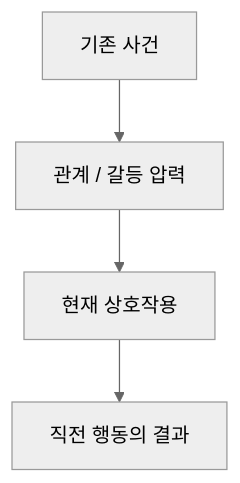
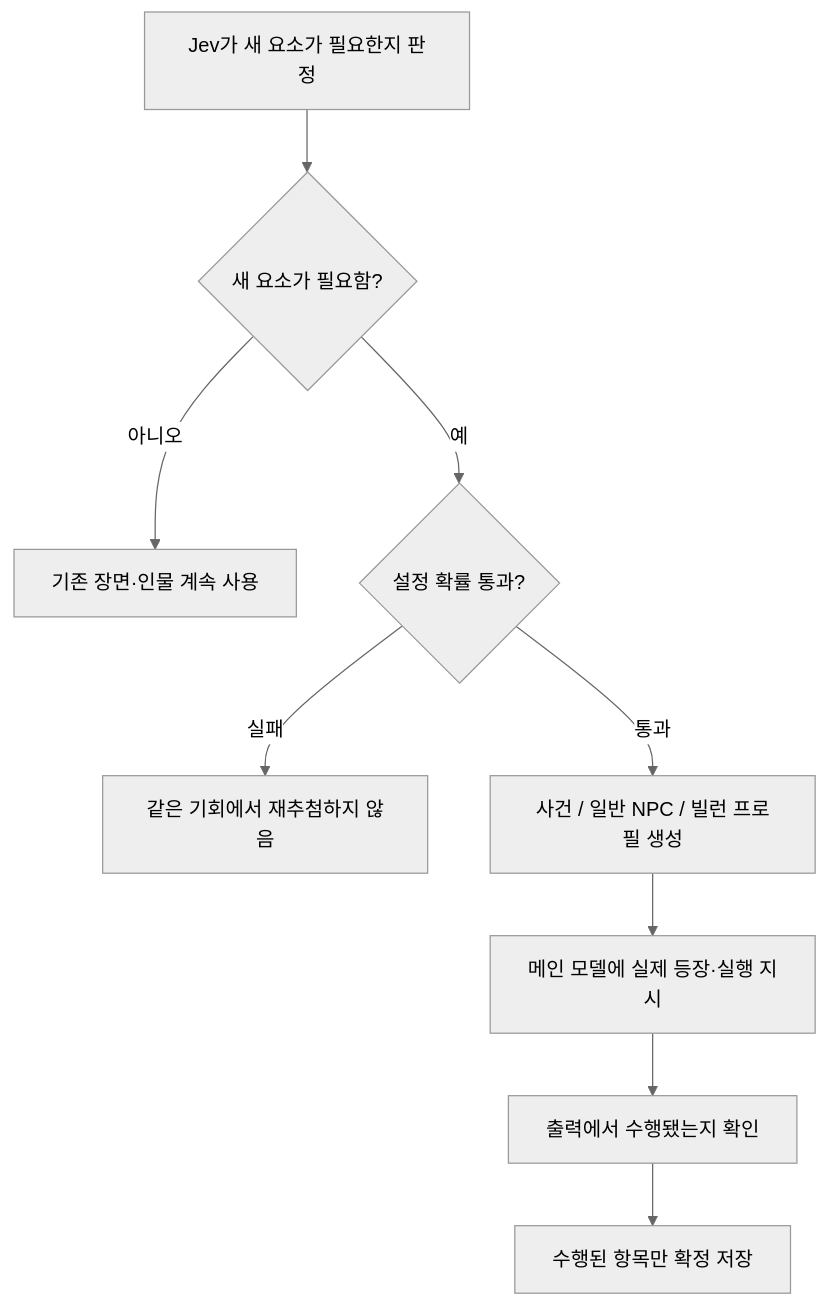
The second of 4 diagrams in README.md (bongbong11/-_-), drawn with Mermaid (neutral theme) before and after one commit. The commit also changed other lines of this file, not shown here.

```diff
--- a/README.md
+++ b/README.md
@@ -208,6 +252,11 @@
 ~~~mermaid
 flowchart TD
-    A["기존 사건"] --> B["관계 / 갈등 압력"]
-    B --> C["현재 상호작용"]
-    C --> D["직전 행동의 결과"]
+    A["Jev가 새 요소가 필요한지 판정"] --> B{"새 요소가 필요함?"}
+    B -->|"아니오"| C["기존 장면·인물 계속 사용"]
+    B -->|"예"| D{"설정 확률 통과?"}
+    D -->|"실패"| E["같은 기회에서 재추첨하지 않음"]
+    D -->|"통과"| F["사건 / 일반 NPC / 빌런 프로필 생성"]
+    F --> G["메인 모델에 실제 등장·실행 지시"]
+    G --> H["출력에서 수행됐는지 확인"]
+    H --> I["수행된 항목만 확정 저장"]
 ~~~
```
